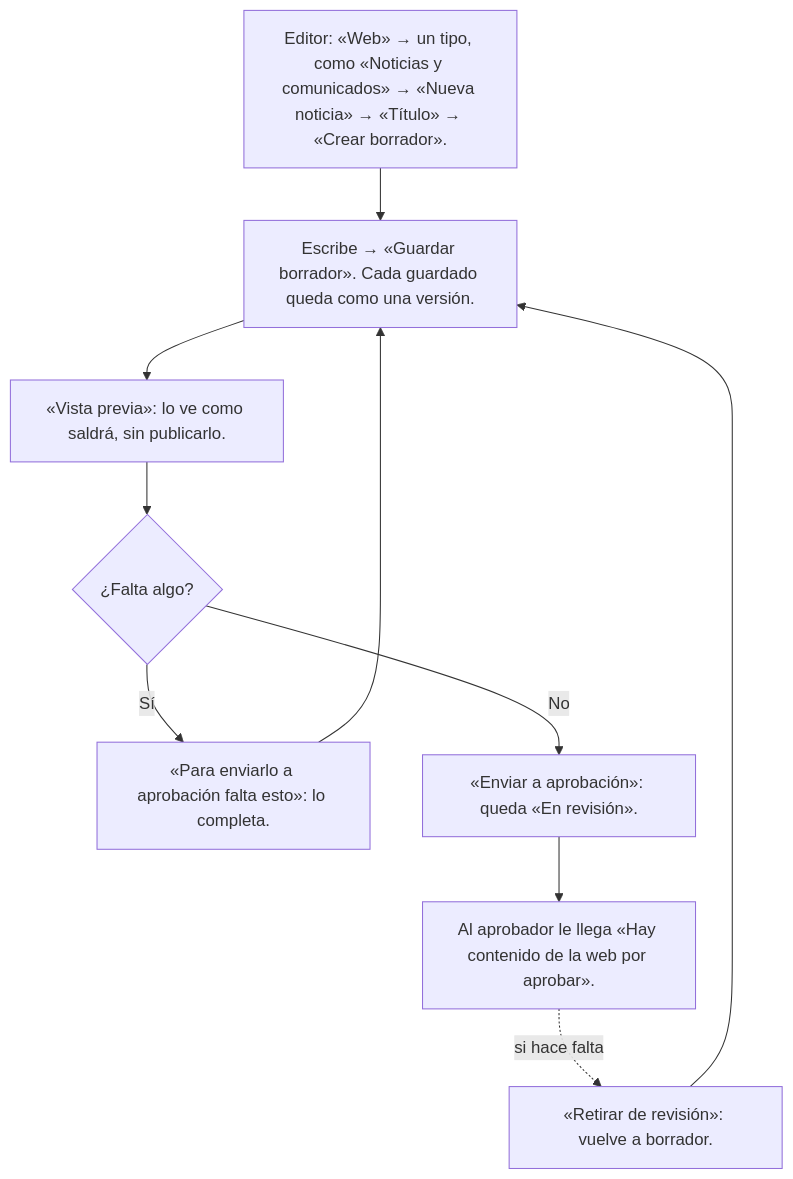
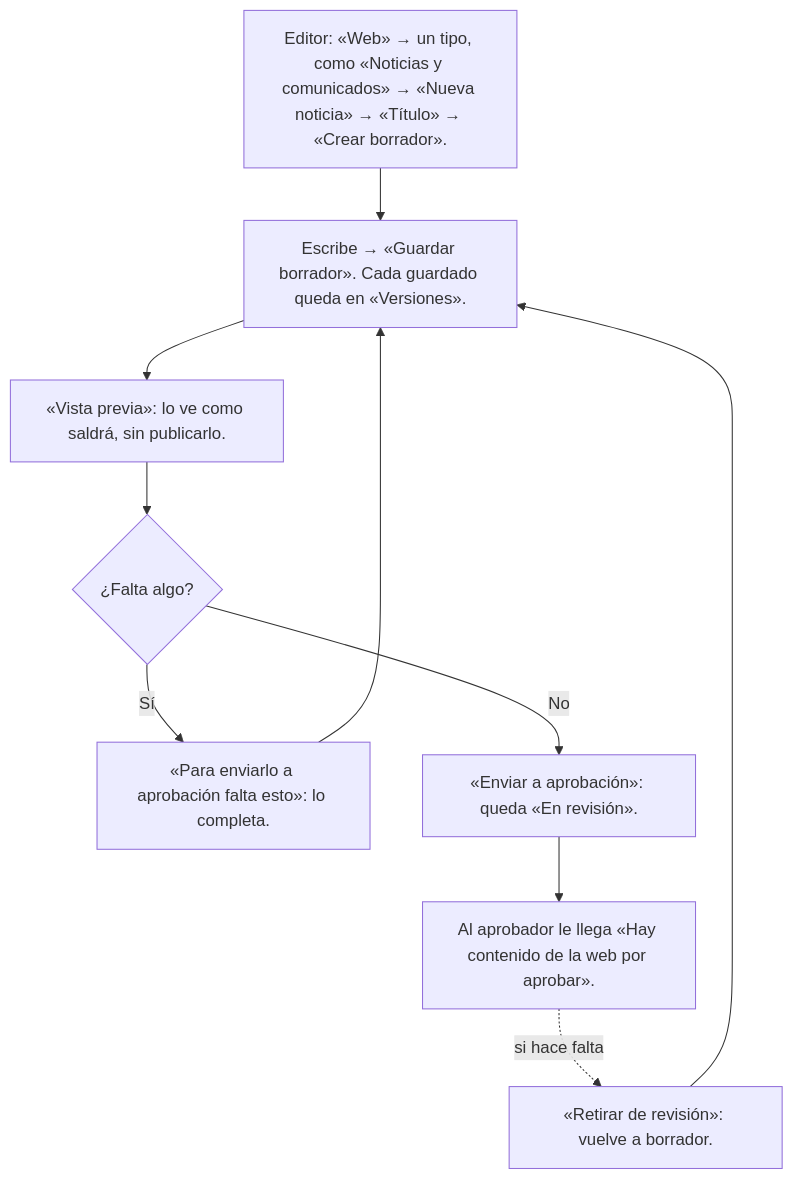
Before and after one commit to fbvenezuela/Gestionapp: diagram 12 of 18 in app-freddy-bernal/docs/FLUJOS-WEB.md, drawn with Mermaid. The commit also changed other lines of this file and 5 other files, not shown here.

````diff
--- a/app-freddy-bernal/docs/FLUJOS-WEB.md
+++ b/app-freddy-bernal/docs/FLUJOS-WEB.md
@@ -313,13 +313,13 @@
 ```mermaid
 flowchart TD
   contenido_nuevo["Editor: «Web» → un tipo, como «Noticias y comunicados» → «Nueva noticia» → «Título» → «Crear borrador»."]
-  contenido_nuevo --> contenido_escribe["Escribe → «Guardar borrador». Cada guardado queda como una versión."]
+  contenido_nuevo --> contenido_escribe["Escribe → «Guardar borrador». Cada guardado queda en «Versiones»."]
   contenido_escribe --> contenido_previa["«Vista previa»: lo ve como saldrá, sin publicarlo."]
   contenido_previa --> contenido_falta_q{"¿Falta algo?"}
   contenido_falta_q -- Sí --> contenido_falta["«Para enviarlo a aprobación falta esto»: lo completa."]
   contenido_falta --> contenido_escribe
   contenido_falta_q -- No --> contenido_envia["«Enviar a aprobación»: queda «En revisión»."]
   contenido_envia --> contenido_aviso["Al aprobador le llega «Hay contenido de la web por aprobar»."]
   contenido_aviso -. si hace falta .-> contenido_retira["«Retirar de revisión»: vuelve a borrador."]
   contenido_retira --> contenido_escribe
 ```
````
